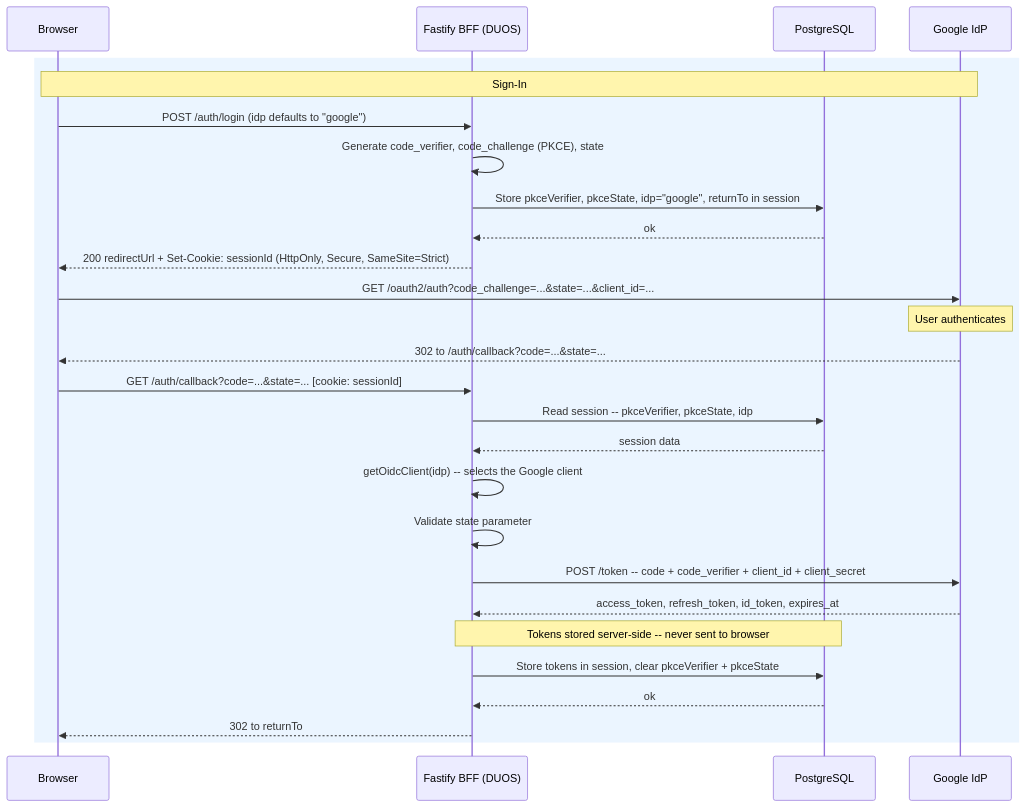
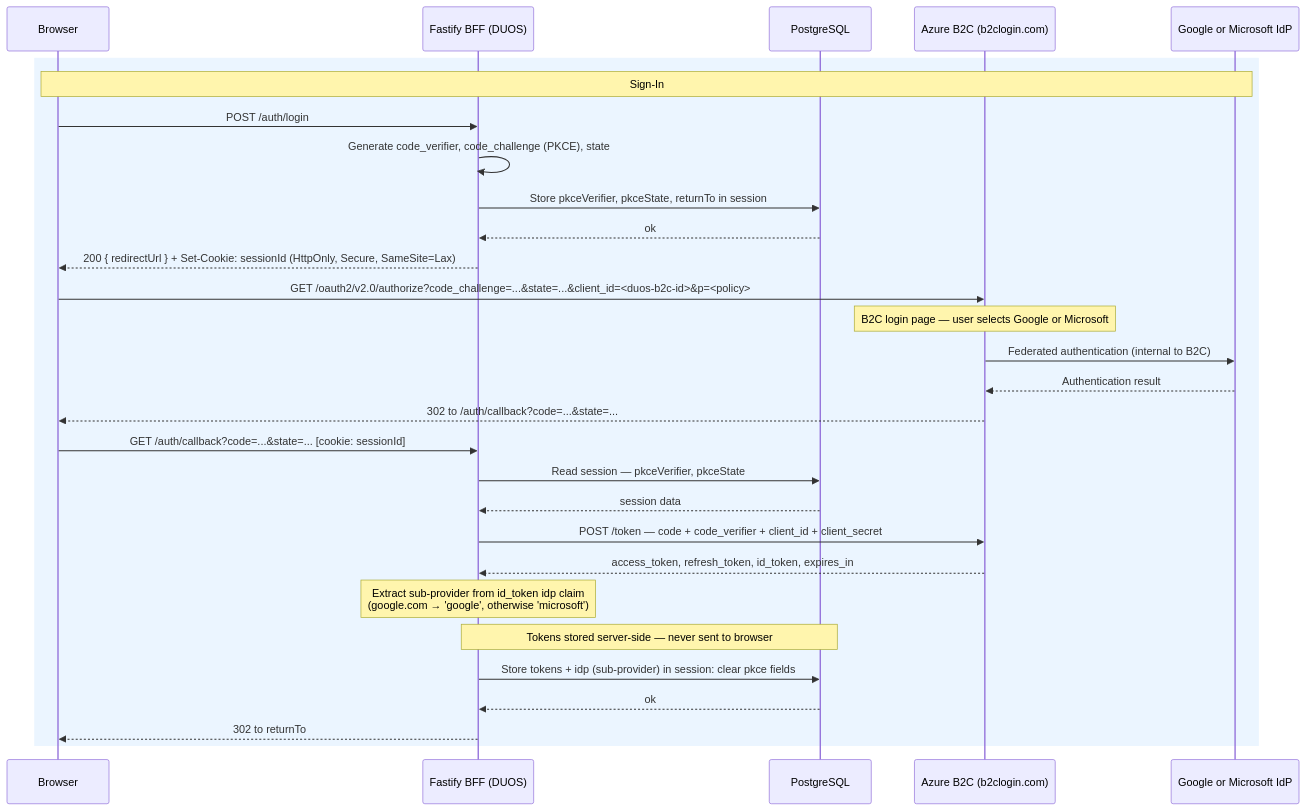
One commit to DataBiosphere/duos-ui changed the first of 3 diagrams in docs/plans/BFF_Overview.md. Above: the diagram before and after it, drawn with Mermaid. The commit also changed other lines of this file and 14 other files, not shown here.

Commit message:
[DT-3629] Enable Postgres, Session, and Cookie plugins (#3703)

````diff
--- a/docs/plans/BFF_Overview.md
+++ b/docs/plans/BFF_Overview.md
@@ -86,33 +125,35 @@
 ```mermaid
 sequenceDiagram
     participant B   as Browser
     participant BFF as Fastify BFF (DUOS)
     participant PG  as PostgreSQL
-    participant IdP as Google IdP
+    participant B2C as Azure B2C (b2clogin.com)
+    participant IdP as Google or Microsoft IdP
 
     rect rgb(235, 245, 255)
         Note over B,IdP: Sign-In
 
-        B->>BFF: POST /auth/login (idp defaults to "google")
+        B->>BFF: POST /auth/login
         BFF->>BFF: Generate code_verifier, code_challenge (PKCE), state
-        BFF->>PG: Store pkceVerifier, pkceState, idp="google", returnTo in session
+        BFF->>PG: Store pkceVerifier, pkceState, returnTo in session
         PG-->>BFF: ok
-        BFF-->>B: 200 redirectUrl + Set-Cookie: sessionId (HttpOnly, Secure, SameSite=Strict)
+        BFF-->>B: 200 { redirectUrl } + Set-Cookie: sessionId (HttpOnly, Secure, SameSite=Lax)
 
-        B->>IdP: GET /oauth2/auth?code_challenge=...&state=...&client_id=...
-        Note over IdP: User authenticates
-        IdP-->>B: 302 to /auth/callback?code=...&state=...
+        B->>B2C: GET /oauth2/v2.0/authorize?code_challenge=...&state=...&client_id=<duos-b2c-id>&p=<policy>
+        Note over B2C: B2C login page — user selects Google or Microsoft
+        B2C->>IdP: Federated authentication (internal to B2C)
+        IdP-->>B2C: Authentication result
+        B2C-->>B: 302 to /auth/callback?code=...&state=...
 
         B->>BFF: GET /auth/callback?code=...&state=... [cookie: sessionId]
-        BFF->>PG: Read session -- pkceVerifier, pkceState, idp
+        BFF->>PG: Read session — pkceVerifier, pkceState
         PG-->>BFF: session data
-        BFF->>BFF: getOidcClient(idp) -- selects the Google client
-        BFF->>BFF: Validate state parameter
-        BFF->>IdP: POST /token -- code + code_verifier + client_id + client_secret
-        IdP-->>BFF: access_token, refresh_token, id_token, expires_at
-        Note over BFF,PG: Tokens stored server-side -- never sent to browser
-        BFF->>PG: Store tokens in session, clear pkceVerifier + pkceState
+        BFF->>B2C: POST /token — code + code_verifier + client_id + client_secret
+        B2C-->>BFF: access_token, refresh_token, id_token, expires_in
+        Note over BFF: Extract sub-provider from id_token idp claim<br/>(google.com → 'google', otherwise 'microsoft')
+        Note over BFF,PG: Tokens stored server-side — never sent to browser
+        BFF->>PG: Store tokens + idp (sub-provider) in session: clear pkce fields
         PG-->>BFF: ok
         BFF-->>B: 302 to returnTo
     end
 ```
````
